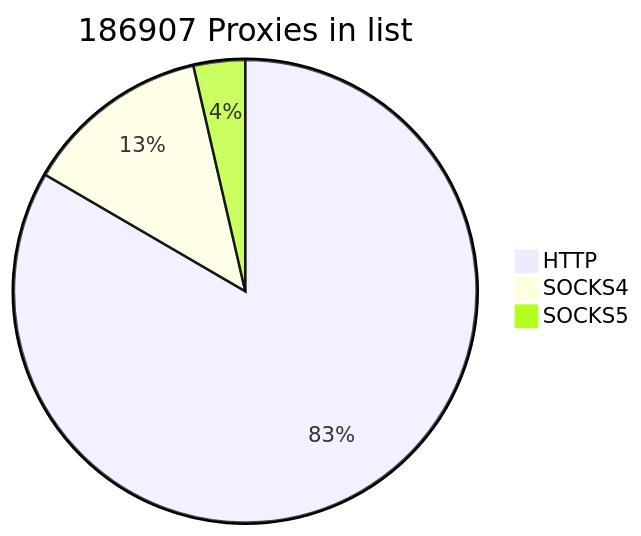
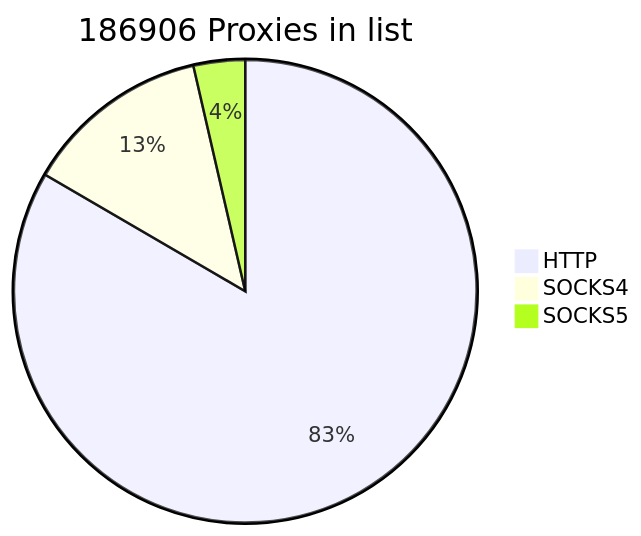
The first of 2 diagrams in README.md (cutipu/proxylist), drawn with Mermaid before and after one commit. The commit also changed other lines of this file, not shown here.

````diff
--- a/README.md
+++ b/README.md
@@ -2,7 +2,7 @@
 ```mermaid
-pie title 186907 Proxies in list
+pie title 186906 Proxies in list
     "HTTP" : 155872
-    "SOCKS4" : 24304
+    "SOCKS4" : 24303
     "SOCKS5" : 6731
             
 ```
````
